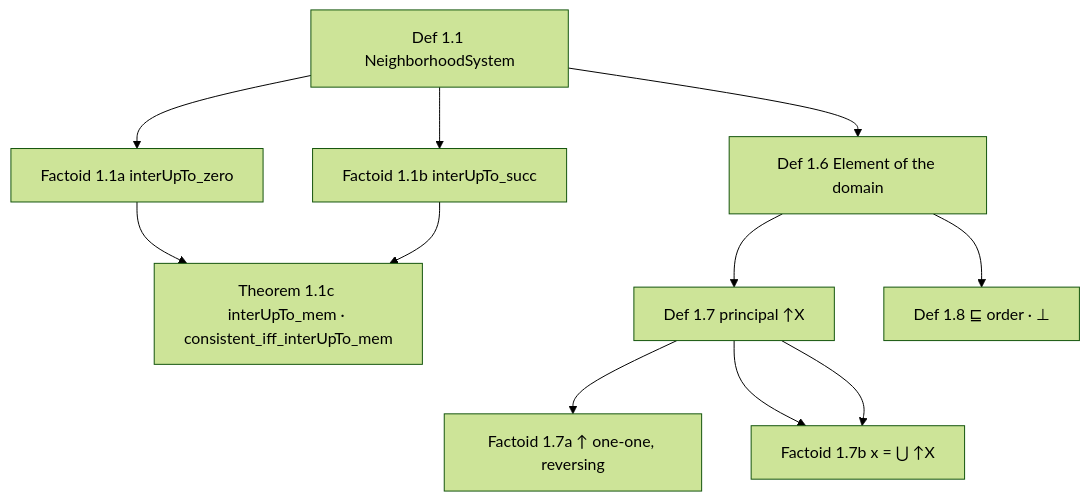
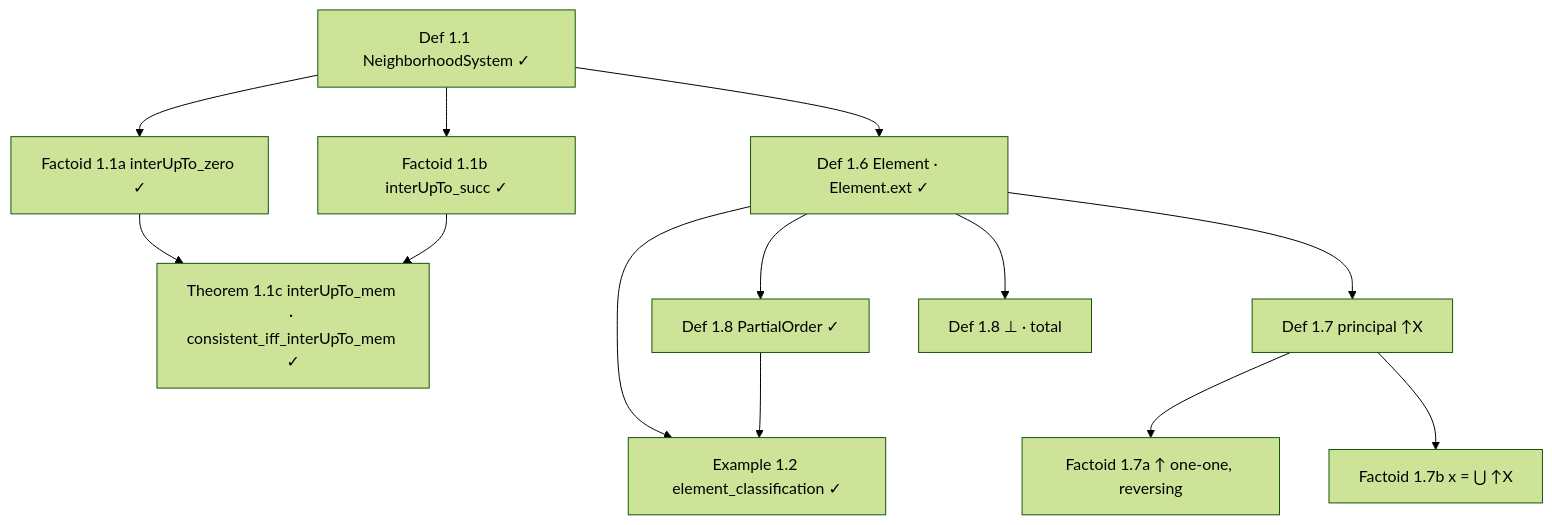
One commit to catskillsresearch/domain_theory changed the seventh of 9 diagrams in arxiv.md. Above: the diagram before and after it, drawn with Mermaid (forest theme). The commit also changed other lines of this file and 3 other files, not shown here.

First line of the commit message:
feat(Domain): introduce `Element` structure and `PartialOrder` instance in Neighborhood.Basic

````diff
--- a/arxiv.md
+++ b/arxiv.md
@@ -1179,23 +1180,27 @@
 ```mermaid
 flowchart TD
-  D11["Def 1.1 NeighborhoodSystem"]
-  F11a["Factoid 1.1a interUpTo_zero"]
-  F11b["Factoid 1.1b interUpTo_succ"]
-  T11c["Theorem 1.1c interUpTo_mem · consistent_iff_interUpTo_mem"]
-  D16["Def 1.6 Element of the domain"]
+  D11["Def 1.1 NeighborhoodSystem ✓"]
+  F11a["Factoid 1.1a interUpTo_zero ✓"]
+  F11b["Factoid 1.1b interUpTo_succ ✓"]
+  T11c["Theorem 1.1c interUpTo_mem · consistent_iff_interUpTo_mem ✓"]
+  E12["Example 1.2 element_classification ✓"]
+  D16["Def 1.6 Element · Element.ext ✓"]
+  D18o["Def 1.8 PartialOrder ✓"]
   D17["Def 1.7 principal ↑X"]
   F17a["Factoid 1.7a ↑ one-one, reversing"]
   F17b["Factoid 1.7b x = ⋃ ↑X"]
-  D18["Def 1.8 ⊑ order · ⊥"]
+  D18b["Def 1.8 ⊥ · total"]
 
   D11 --> F11a
   D11 --> F11b
   F11a --> T11c
   F11b --> T11c
   D11 --> D16
+  D16 --> D18o
+  D16 --> E12
+  D18o --> E12
   D16 --> D17
   D17 --> F17a
   D17 --> F17b
-  D16 --> D18
-  D17 --> F17b
+  D16 --> D18b
 ```
````
